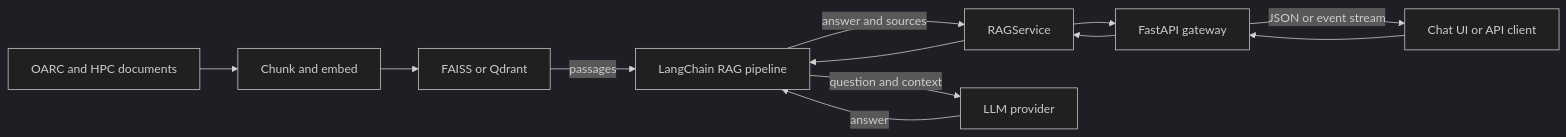
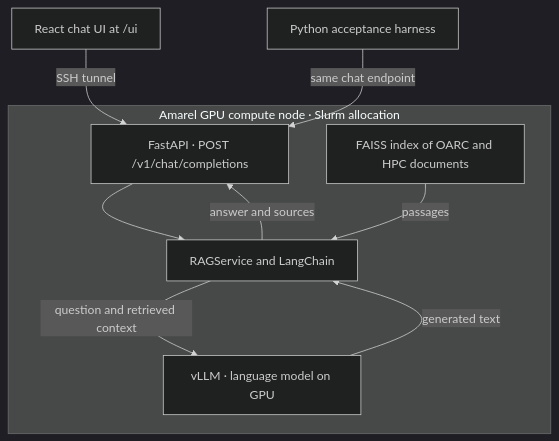
Before and after one commit to epunzal2/oarc-ai-assistant: the diagram in README.md, drawn with Mermaid (dark theme). The commit also changed other lines of this file, not shown here.

Commit message:
docs: focus the README on HPC GPU inference and verified hardware

````diff
--- a/README.md
+++ b/README.md
@@ -13,14 +13,12 @@
 ```mermaid
-flowchart LR
-    Docs["OARC and HPC documents"] --> Build["Chunk and embed"]
-    Build --> Index["FAISS or Qdrant"]
-    UI["Chat UI or API client"] --> API["FastAPI gateway"]
-    API --> Service["RAGService"]
-    Service --> Chain["LangChain RAG pipeline"]
-    Index -->|passages| Chain
-    Chain -->|question and context| Model["LLM provider"]
-    Model -->|answer| Chain
-    Chain -->|answer and sources| Service
-    Service --> API
-    API -->|JSON or event stream| UI
+flowchart TD
+    UI["React chat UI at /ui"] -->|SSH tunnel| API
+    Harness["Python acceptance harness"] -->|same chat endpoint| API
+    subgraph Job["Amarel GPU compute node · Slurm allocation"]
+        API["FastAPI · POST /v1/chat/completions"] --> RAG["RAGService and LangChain"]
+        Index["FAISS index of OARC and HPC documents"] -->|passages| RAG
+        RAG -->|question and retrieved context| GPU["vLLM · language model on GPU"]
+        GPU -->|generated text| RAG
+        RAG -->|answer and sources| API
+    end
 ```
````
